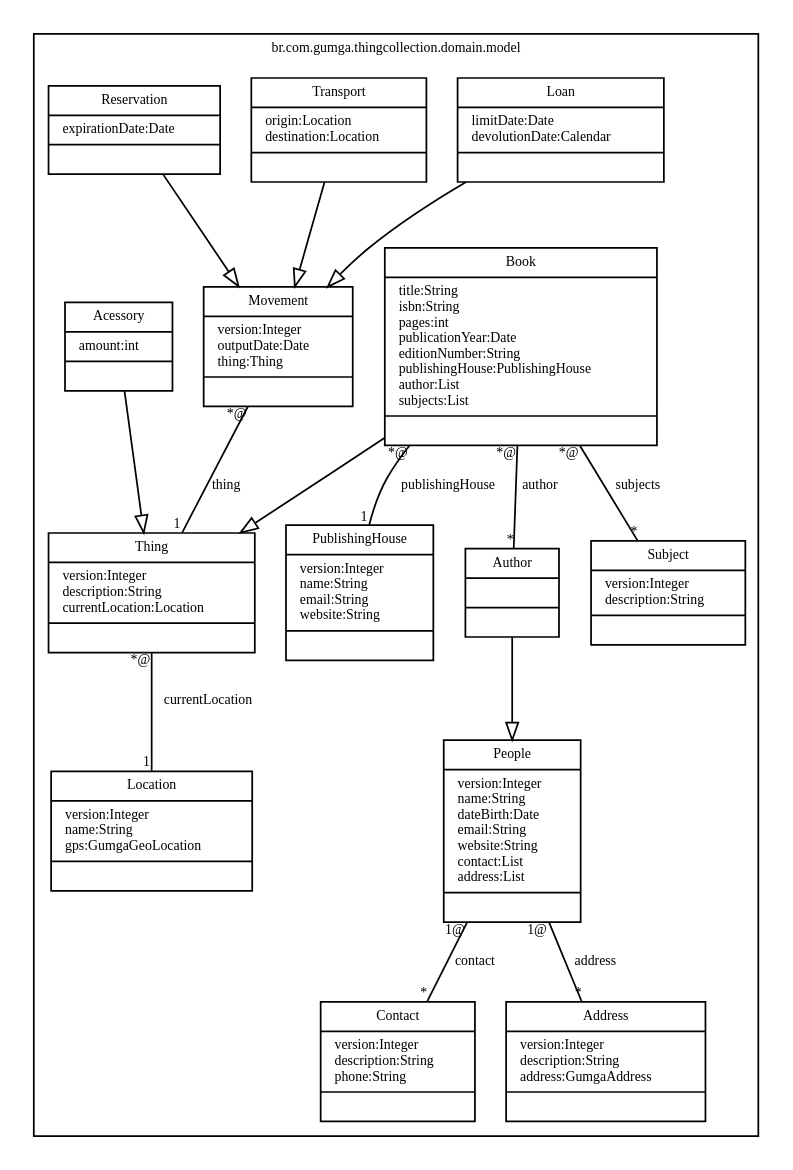
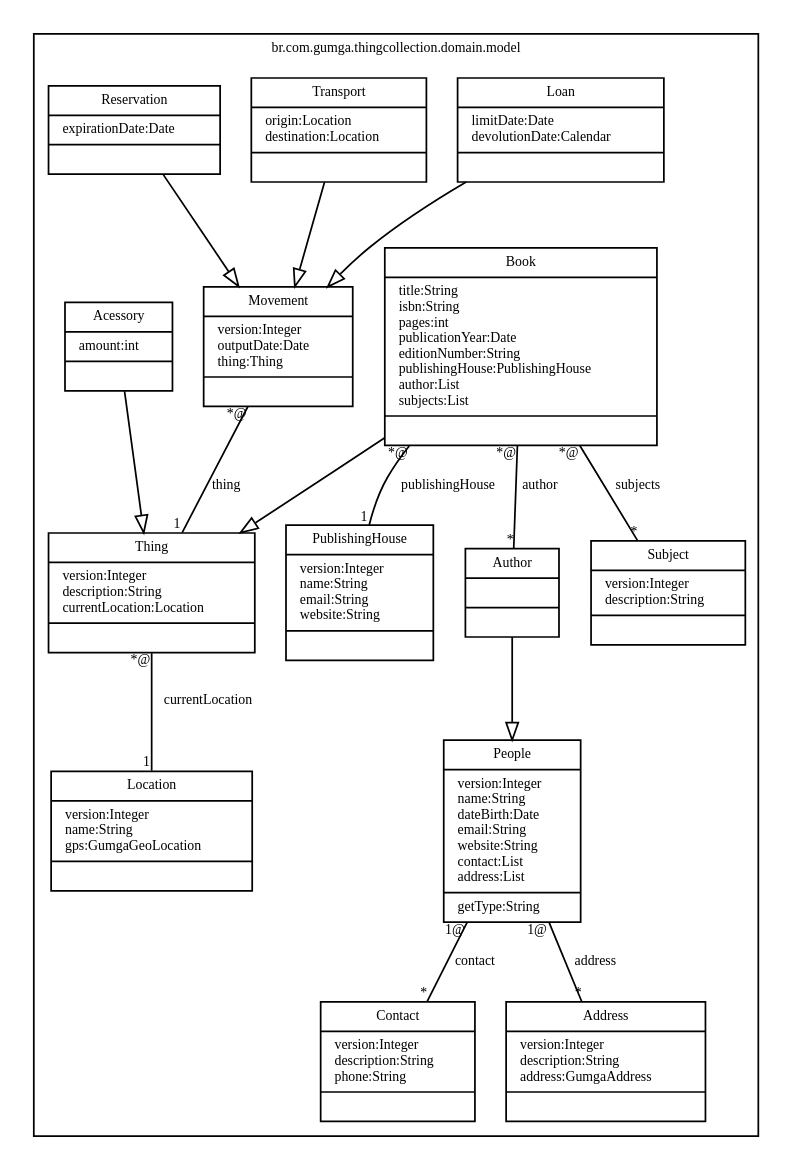
One commit to willianmarquesfreire/ThingCollection changed the diagram in ThingCollection-domain/target/docs/allclasses.dot. Above: the diagram before and after it, drawn with Graphviz. The commit also changed 35 other files, not shown here.

```diff
--- a/ThingCollection-domain/target/docs/allclasses.dot
+++ b/ThingCollection-domain/target/docs/allclasses.dot
@@ -1,52 +1,52 @@
 //Gerado automaticamente por plugin da www.gumga.com.br munif@munifgebara.com.br
 
 digraph G{
 fontname = "Bitstream Vera Sans"
 fontsize = 8
 
 node [
         fontname = "Bitstream Vera Sans"
         fontsize = 8
         shape = "record"
 ]
 
 edge [
         fontname = "Bitstream Vera Sans"
         fontsize = 8
 ]
 
 subgraph clusterbr_com_gumga_thingcollection_domain_model
 {
 label="br.com.gumga.thingcollection.domain.model";
 Contact [label = "{Contact|version:Integer\ldescription:String\lphone:String\l|}"]
 Author [label = "{Author||}"]
-People [label = "{People|version:Integer\lname:String\ldateBirth:Date\lemail:String\lwebsite:String\lcontact:List\laddress:List\l|}"]
+People [label = "{People|version:Integer\lname:String\ldateBirth:Date\lemail:String\lwebsite:String\lcontact:List\laddress:List\l|getType:String\l}"]
 Book [label = "{Book|title:String\lisbn:String\lpages:int\lpublicationYear:Date\leditionNumber:String\lpublishingHouse:PublishingHouse\lauthor:List\lsubjects:List\l|}"]
 Movement [label = "{Movement|version:Integer\loutputDate:Date\lthing:Thing\l|}"]
 Address [label = "{Address|version:Integer\ldescription:String\laddress:GumgaAddress\l|}"]
 Loan [label = "{Loan|limitDate:Date\ldevolutionDate:Calendar\l|}"]
 Transport [label = "{Transport|origin:Location\ldestination:Location\l|}"]
 Subject [label = "{Subject|version:Integer\ldescription:String\l|}"]
 Thing [label = "{Thing|version:Integer\ldescription:String\lcurrentLocation:Location\l|}"]
 Reservation [label = "{Reservation|expirationDate:Date\l|}"]
 Acessory [label = "{Acessory|amount:int\l|}"]
 PublishingHouse [label = "{PublishingHouse|version:Integer\lname:String\lemail:String\lwebsite:String\l|}"]
 Location [label = "{Location|version:Integer\lname:String\lgps:GumgaGeoLocation\l|}"]
 
 }
 
 edge [ arrowhead = "empty" headlabel = "" taillabel = ""] Transport -> Movement
 edge [arrowhead = "none" headlabel = "*" taillabel = "1@"] People -> Address [label = "address"]
 edge [arrowhead = "none" headlabel = "*" taillabel = "1@"] People -> Contact [label = "contact"]
 edge [arrowhead = "none" headlabel = "*" taillabel = "*@"] Book -> Author [label = "author"]
 edge [ arrowhead = "empty" headlabel = "" taillabel = ""] Book -> Thing
 edge [arrowhead = "none" headlabel = "1" taillabel = "*@"] Book -> PublishingHouse [label = "publishingHouse"]
 edge [ arrowhead = "empty" headlabel = "" taillabel = ""] Acessory -> Thing
 edge [ arrowhead = "empty" headlabel = "" taillabel = ""] Author -> People
 edge [ arrowhead = "empty" headlabel = "" taillabel = ""] Reservation -> Movement
 edge [ arrowhead = "empty" headlabel = "" taillabel = ""] Loan -> Movement
 edge [arrowhead = "none" headlabel = "*" taillabel = "*@"] Book -> Subject [label = "subjects"]
 edge [arrowhead = "none" headlabel = "1" taillabel = "*@"] Movement -> Thing [label = "thing"]
 edge [arrowhead = "none" headlabel = "1" taillabel = "*@"] Thing -> Location [label = "currentLocation"]
 
 }
```
